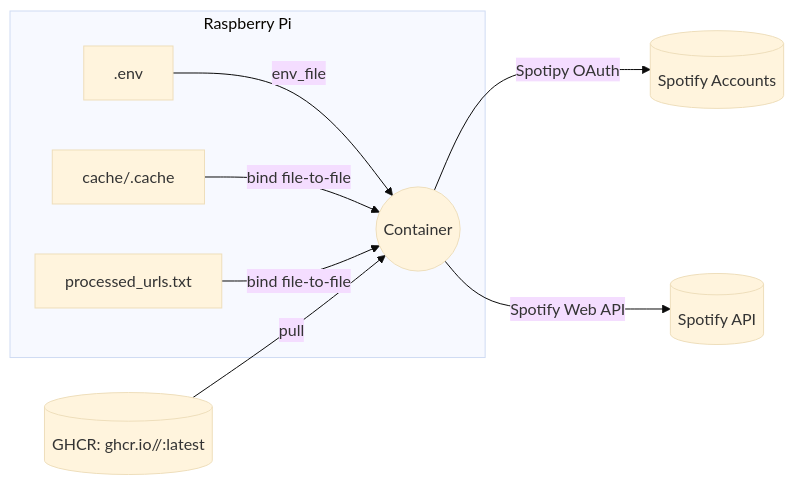
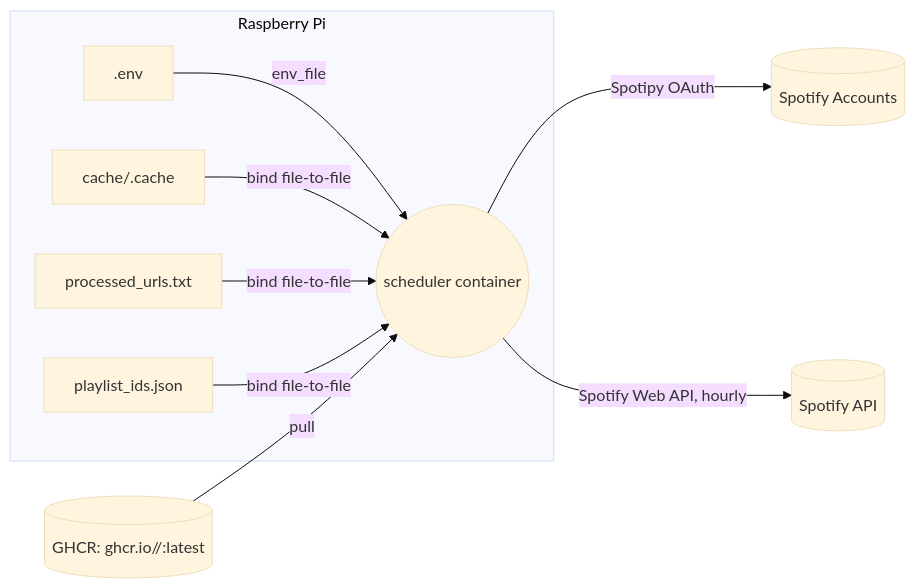
Before and after one commit to breakfast-at-tiffanys/SPOTIFY-PLAYLIST-APP: the first of 3 diagrams in architecture.md, drawn with Mermaid (base theme). The commit also changed other lines of this file and 14 other files, not shown here.

````diff
--- a/architecture.md
+++ b/architecture.md
@@ -55,12 +69,13 @@
 ```mermaid
 flowchart LR
   subgraph Host["Raspberry Pi"]
-    A[.env] -->|env_file| C((Container))
+    A[.env] -->|env_file| C((scheduler container))
     B[cache/.cache] -->|"bind file-to-file"| C
     D[processed_urls.txt] -->|"bind file-to-file"| C
+    E[playlist_ids.json] -->|"bind file-to-file"| C
   end
 
   C -->|Spotipy OAuth| S[(Spotify Accounts)]
-  C -->|Spotify Web API| W[(Spotify API)]
+  C -->|"Spotify Web API, hourly"| W[(Spotify API)]
   R[(GHCR: ghcr.io/<owner>/<repo>:latest)] -->|pull| C
 ```
````
